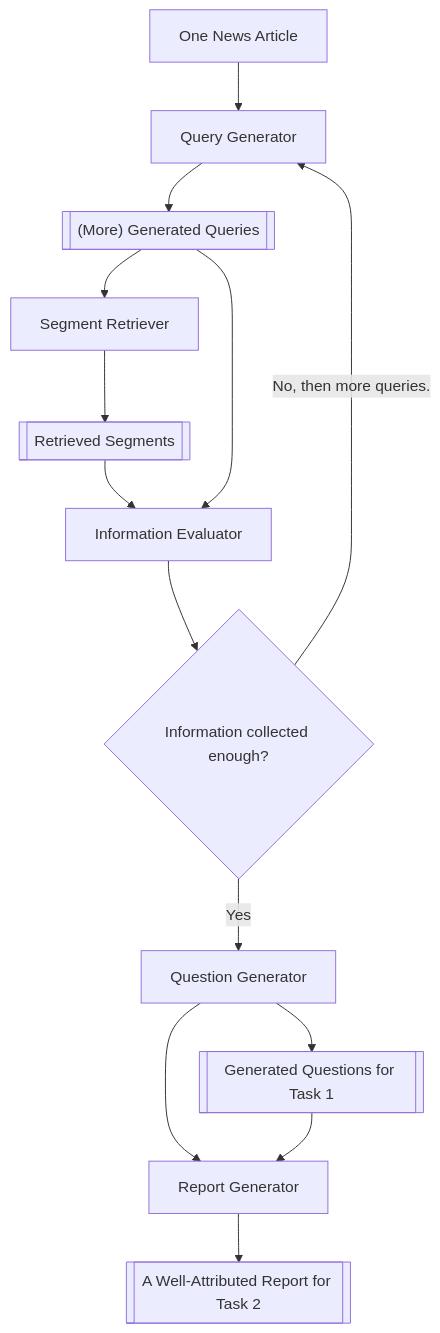
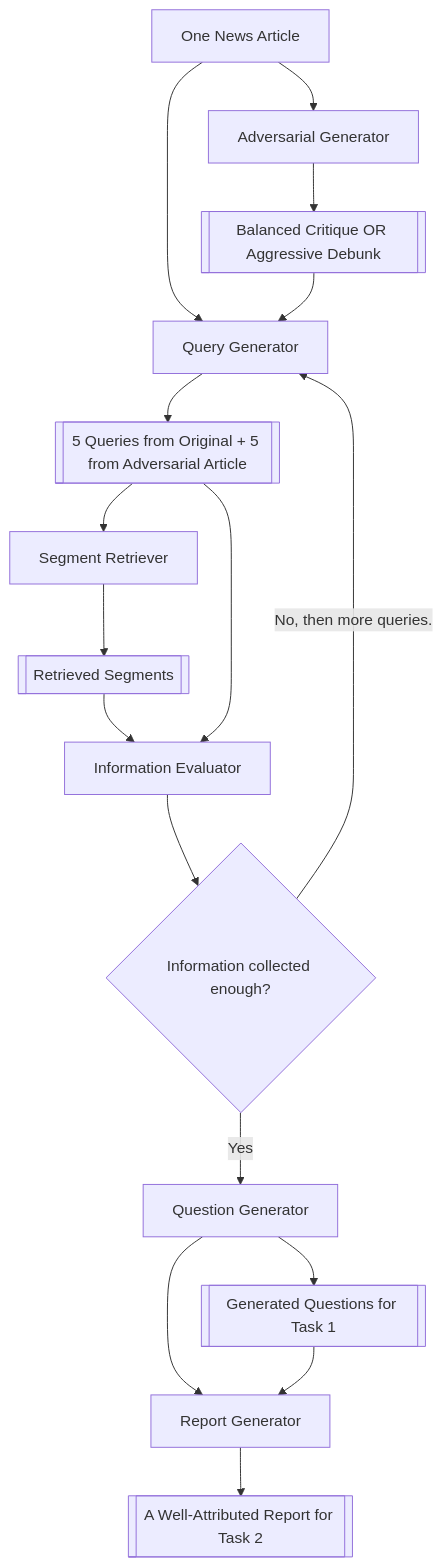
One commit to naghmefarzi/2025-starter-kit changed the diagram in README.md. Above: the diagram before and after it, drawn with Mermaid. The commit also changed other lines of this file and 1 other file, not shown here.

````diff
--- a/README.md
+++ b/README.md
@@ -12,16 +25,19 @@
 ```mermaid
 flowchart TD
-    A[One News Article] --> B["Query Generator"]
-    B --> C[["(More) Generated Queries"]]
+    A[One News Article] --> A1[Adversarial Generator]
+    A1 --> A2[[Balanced Critique OR Aggressive Debunk]]
+    A --> B["Query Generator"]
+    A2 --> B
+    B --> C[["5 Queries from Original + 5 from Adversarial Article"]]
     C --> D[Segment Retriever]
     D --> E[[Retrieved Segments]]
     E --> F[Information Evaluator]
     C --> F
     F --> G{Information collected enough?}
     G -- "No, then more queries." --> B
     G -- "Yes" --> H[Question Generator]
     H --> I[[Generated Questions for Task 1]]
     H --> J[Report Generator]
     J --> K[[A Well-Attributed Report for Task 2]]
     I --> J
 ```
````
